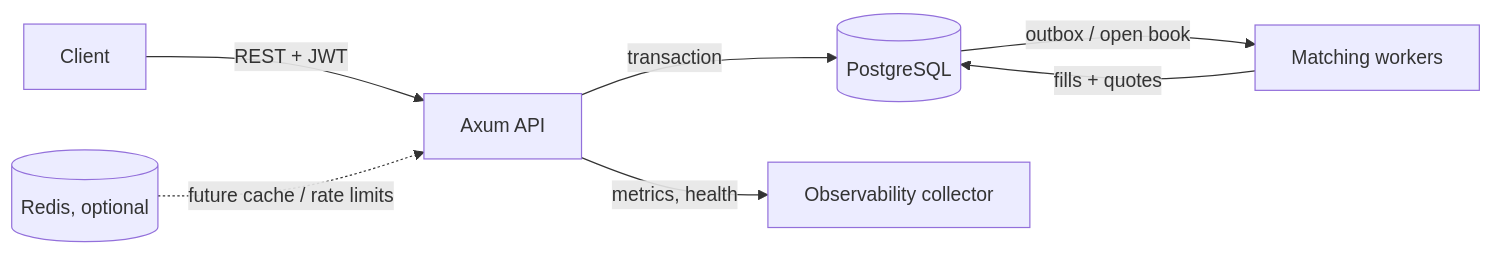
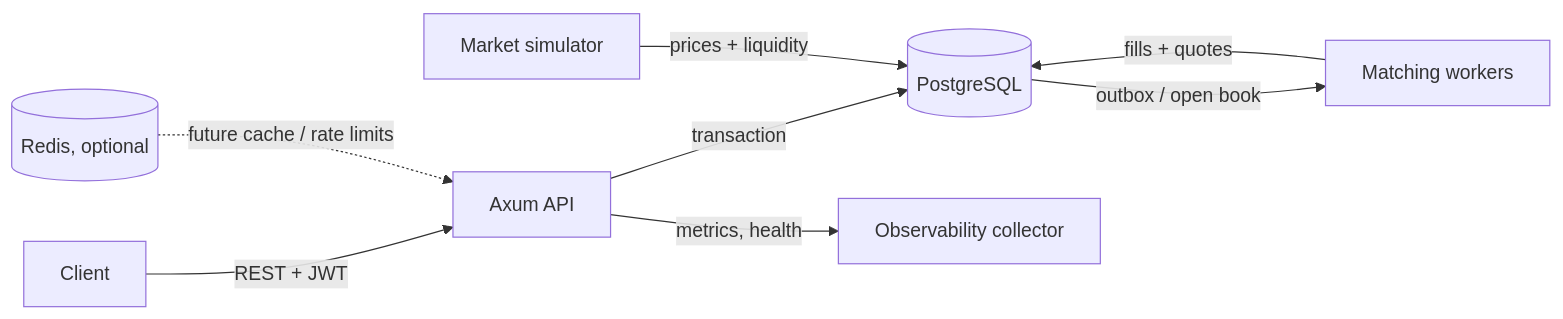
The diagram in README.md (garyrizzo1992/dummy_exchange), drawn with Mermaid before and after one commit. The commit also changed other lines of this file and 17 other files, not shown here.

````diff
--- a/README.md
+++ b/README.md
@@ -7,9 +7,10 @@
 ```mermaid
 flowchart LR
   Client -->|REST + JWT| API[Axum API]
   API -->|transaction| PG[(PostgreSQL)]
+  Simulator[Market simulator] -->|prices + liquidity| PG
   PG -->|outbox / open book| Worker[Matching workers]
   Worker -->|fills + quotes| PG
   API -->|metrics, health| Ops[Observability collector]
   Redis[(Redis, optional)] -. future cache / rate limits .-> API
 ```
````
